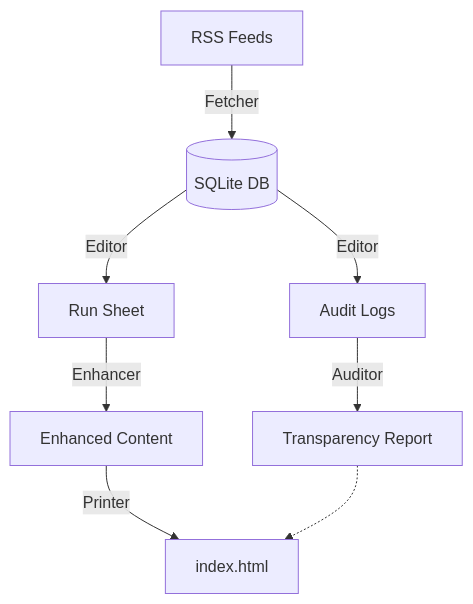
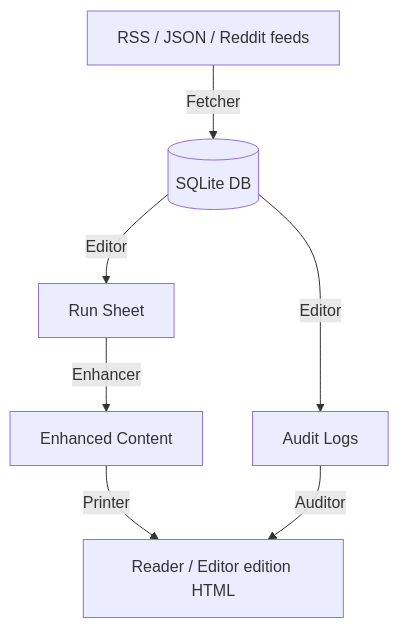
One commit to maxspevack/fishwrap changed the diagram in fishwrap/README.md. Above: the diagram before and after it, drawn with Mermaid. The commit also changed other lines of this file and 31 other files, not shown here.

First line of the commit message:
engine rewrite: masthead-driven pipeline, no scoring, reader/editor toggle

````diff
--- a/fishwrap/README.md
+++ b/fishwrap/README.md
@@ -9,10 +9,9 @@
 ```mermaid
 graph TD
-    A[RSS Feeds] -->|Fetcher| B[(SQLite DB)]
+    A[RSS / JSON / Reddit feeds] -->|Fetcher| B[(SQLite DB)]
     B -->|Editor| C[Run Sheet]
     B -->|Editor| G[Audit Logs]
     C -->|Enhancer| D[Enhanced Content]
-    D -->|Printer| E[index.html]
-    G -->|Auditor| F[Transparency Report]
-    F -.-> E
+    D -->|Printer| E[Reader / Editor edition HTML]
+    G -->|Auditor| E
 ```
````
